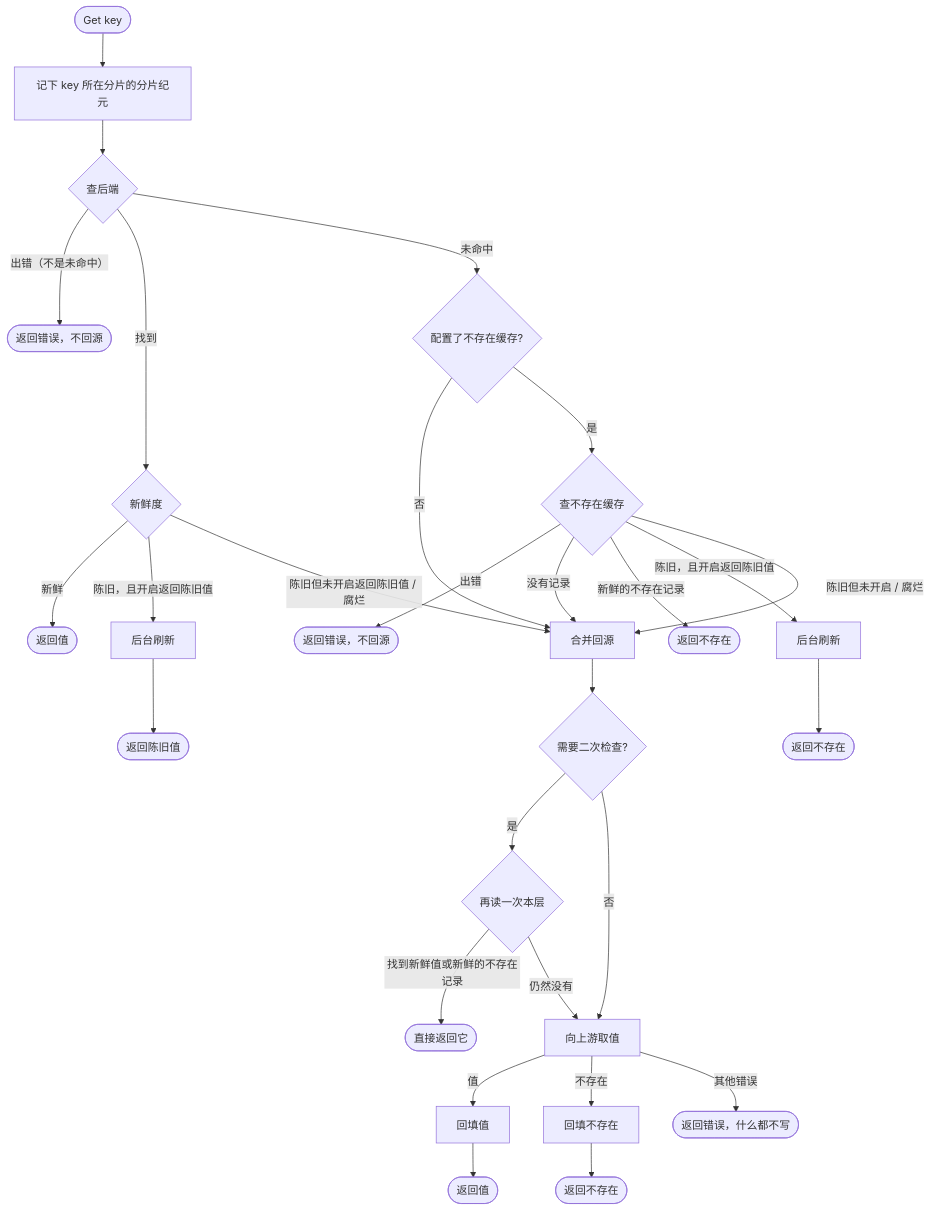
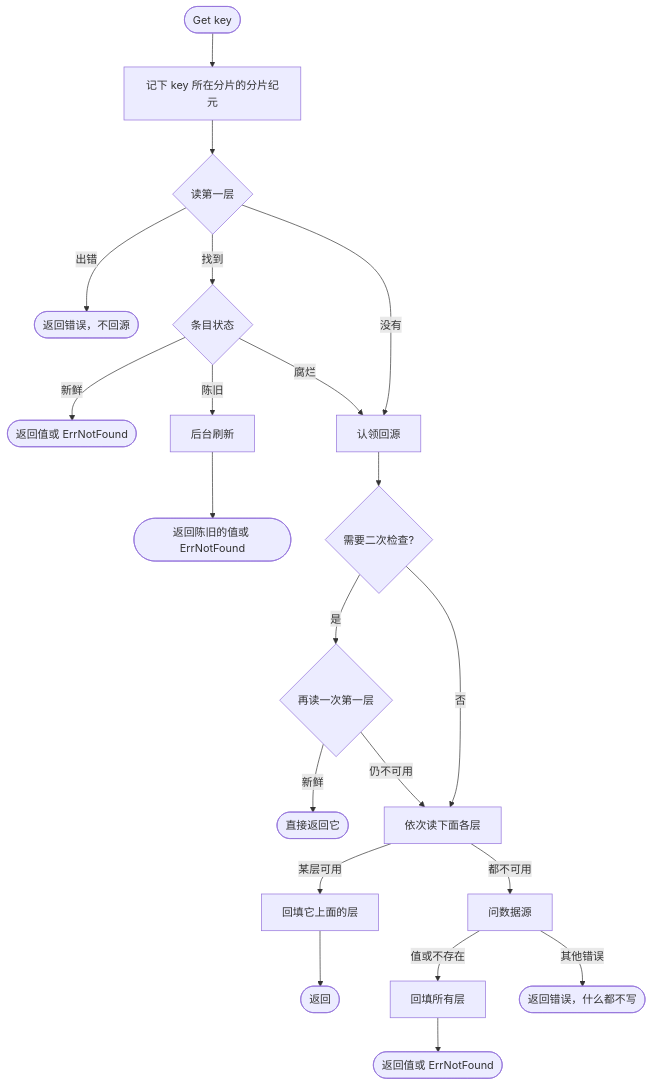
The first of 4 diagrams in docs/design/read-path.md (theplant/cachex), drawn with Mermaid before and after one commit. The commit also changed other lines of this file and 19 other files, not shown here.

````diff
--- a/docs/design/read-path.md
+++ b/docs/design/read-path.md
@@ -7,26 +7,20 @@
 ```mermaid
 flowchart TD
     start([Get key]) --> epoch[记下 key 所在分片的分片纪元]
-    epoch --> be{查后端}
-    be -- 出错（不是未命中） --> err1([返回错误，不回源])
-    be -- 找到 --> st{新鲜度}
-    st -- 新鲜 --> ret1([返回值])
-    st -- 陈旧，且开启返回陈旧值 --> refresh[后台刷新] --> ret2([返回陈旧值])
-    st -- 陈旧但未开启返回陈旧值 / 腐烂 --> fetch
-    be -- 未命中 --> nfq{配置了不存在缓存?}
-    nfq -- 否 --> fetch
-    nfq -- 是 --> nf{查不存在缓存}
-    nf -- 出错 --> err2([返回错误，不回源])
-    nf -- 没有记录 --> fetch
-    nf -- 新鲜的不存在记录 --> nf1([返回不存在])
-    nf -- 陈旧，且开启返回陈旧值 --> refresh2[后台刷新] --> nf2([返回不存在])
-    nf -- 陈旧但未开启 / 腐烂 --> fetch
-    fetch[合并回源] --> dc{需要二次检查?}
-    dc -- 是 --> recheck{再读一次本层}
-    recheck -- 找到新鲜值或新鲜的不存在记录 --> ret3([直接返回它])
-    recheck -- 仍然没有 --> up
-    dc -- 否 --> up[向上游取值]
-    up -- 值 --> bf1[回填值] --> ret4([返回值])
-    up -- 不存在 --> bf2[回填不存在] --> ret5([返回不存在])
-    up -- 其他错误 --> ret6([返回错误，什么都不写])
+    epoch --> l0{读第一层}
+    l0 -- 出错 --> err1([返回错误，不回源])
+    l0 -- 找到 --> st{条目状态}
+    st -- 新鲜 --> ret1([返回值或 ErrNotFound])
+    st -- 陈旧 --> refresh[后台刷新] --> ret2([返回陈旧的值或 ErrNotFound])
+    st -- 腐烂 --> claim
+    l0 -- 没有 --> claim
+    claim[认领回源] --> dc{需要二次检查?}
+    dc -- 是 --> recheck{再读一次第一层}
+    recheck -- 新鲜 --> ret3([直接返回它])
+    recheck -- 仍不可用 --> below
+    dc -- 否 --> below
+    below[依次读下面各层] -- 某层可用 --> bf1[回填它上面的层] --> ret4([返回])
+    below -- 都不可用 --> src[问数据源]
+    src -- 值或不存在 --> bf2[回填所有层] --> ret5([返回值或 ErrNotFound])
+    src -- 其他错误 --> ret6([返回错误，什么都不写])
 ```
````
